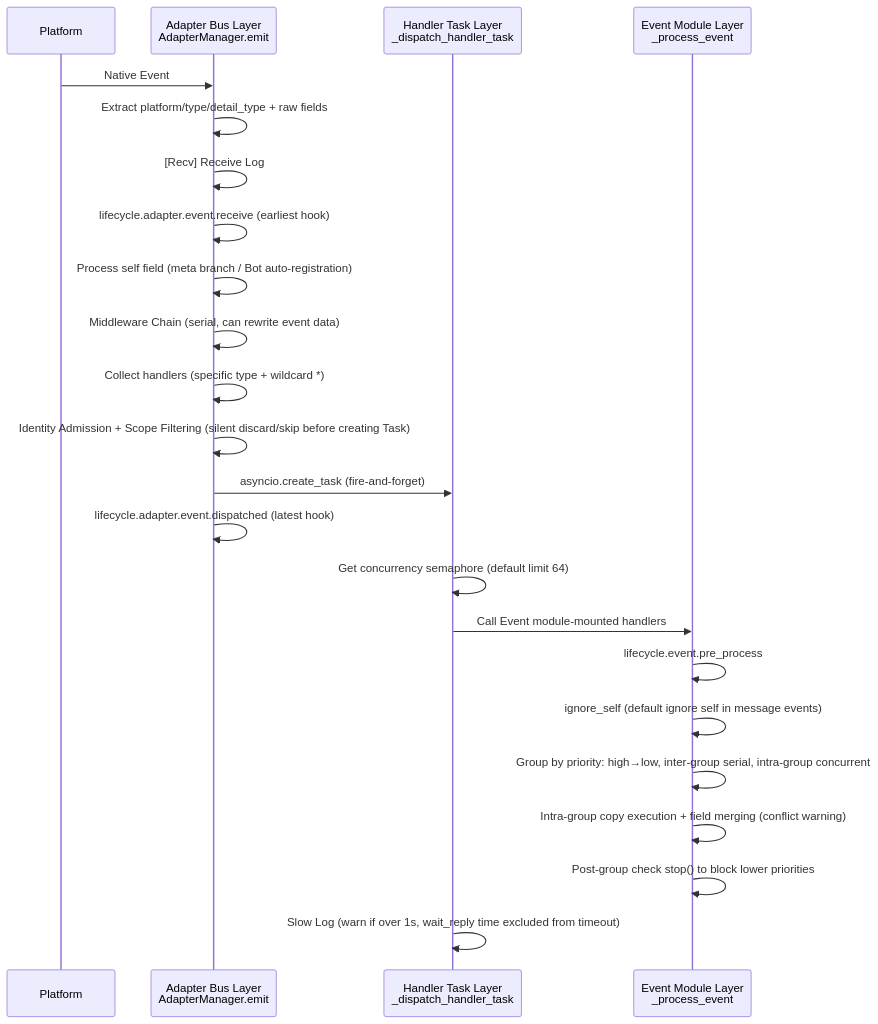
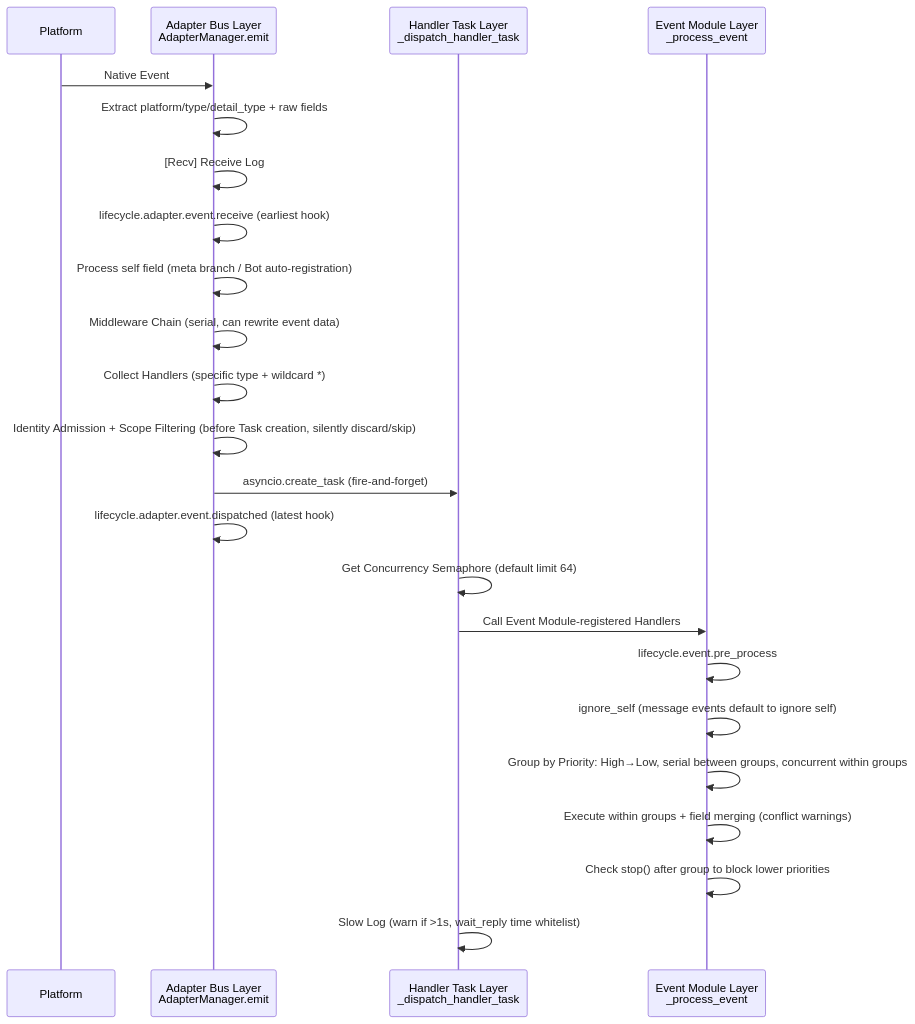
One commit to ErisPulse/ErisPulse changed the fourth of 9 diagrams in docs/en/architecture.md. Above: the diagram before and after it, drawn with Mermaid. The commit also changed other lines of this file and 79 other files, not shown here.

````diff
--- a/docs/en/architecture.md
+++ b/docs/en/architecture.md
@@ -109,26 +109,26 @@
 ```mermaid
 sequenceDiagram
     participant P as Platform
     participant A as Adapter Bus Layer<br/>AdapterManager.emit
     participant T as Handler Task Layer<br/>_dispatch_handler_task
     participant E as Event Module Layer<br/>_process_event
 
     P->>A: Native Event
     A->>A: Extract platform/type/detail_type + raw fields
     A->>A: [Recv] Receive Log
     A->>A: lifecycle.adapter.event.receive (earliest hook)
     A->>A: Process self field (meta branch / Bot auto-registration)
     A->>A: Middleware Chain (serial, can rewrite event data)
-    A->>A: Collect handlers (specific type + wildcard *)
-    A->>A: Identity Admission + Scope Filtering (silent discard/skip before creating Task)
+    A->>A: Collect Handlers (specific type + wildcard *)
+    A->>A: Identity Admission + Scope Filtering (before Task creation, silently discard/skip)
     A->>T: asyncio.create_task (fire-and-forget)
     A->>A: lifecycle.adapter.event.dispatched (latest hook)
-    T->>T: Get concurrency semaphore (default limit 64)
-    T->>E: Call Event module-mounted handlers
+    T->>T: Get Concurrency Semaphore (default limit 64)
+    T->>E: Call Event Module-registered Handlers
     E->>E: lifecycle.event.pre_process
-    E->>E: ignore_self (default ignore self in message events)
-    E->>E: Group by priority: high→low, inter-group serial, intra-group concurrent
-    E->>E: Intra-group copy execution + field merging (conflict warning)
-    E->>E: Post-group check stop() to block lower priorities
-    T->>T: Slow Log (warn if over 1s, wait_reply time excluded from timeout)
+    E->>E: ignore_self (message events default to ignore self)
+    E->>E: Group by Priority: High→Low, serial between groups, concurrent within groups
+    E->>E: Execute within groups + field merging (conflict warnings)
+    E->>E: Check stop() after group to block lower priorities
+    T->>T: Slow Log (warn if >1s, wait_reply time whitelist)
 ```
````
